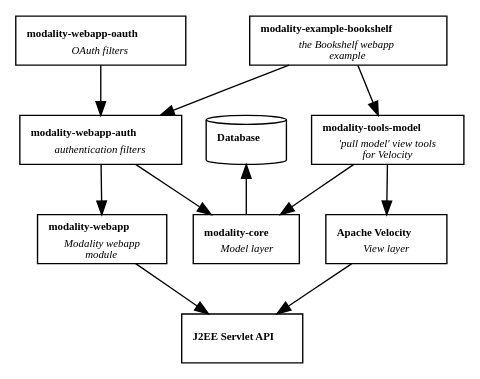
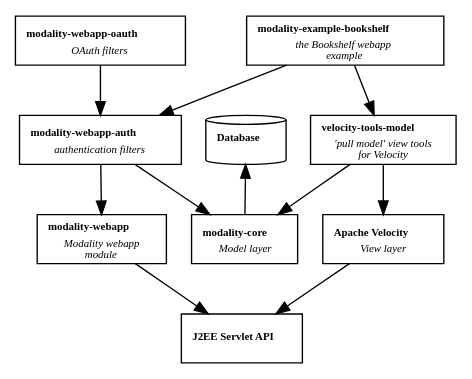
One commit to arkanovicz/modality changed the diagram in src/site/modality-modules.dot. Above: the diagram before and after it, drawn with Graphviz. The commit also changed 9 other files, not shown here.

```diff
--- a/src/site/modality-modules.dot
+++ b/src/site/modality-modules.dot
@@ -1,45 +1,45 @@
 /*
  * Licensed to the Apache Software Foundation (ASF) under one
  * or more contributor license agreements.  See the NOTICE file
  * distributed with this work for additional information
  * regarding copyright ownership.  The ASF licenses this file
  * to you under the Apache License, Version 2.0 (the
  * "License"); you may not use this file except in compliance
  * with the License.  You may obtain a copy of the License at
  *
  *   http://www.apache.org/licenses/LICENSE-2.0
  *
  * Unless required by applicable law or agreed to in writing,
  * software distributed under the License is distributed on an
  * "AS IS" BASIS, WITHOUT WARRANTIES OR CONDITIONS OF ANY
  * KIND, either express or implied.  See the License for the
  * specific language governing permissions and limitations
  * under the License.
  */
 
 digraph dependencies
 {
 node [fontname = "Bitstream Vera Sans", fontsize = 8, shape = "record"];
 edge [fontname = "Bitstream Vera Sans", fontsize = 8];
 
 Database [shape=cylinder, label=<<b>Database</b>>];
 Model [label=<<b>modality-core</b><br/><sub><i>Model layer</i></sub>>];
 Servlets [label=<<b>J2EE Servlet API</b>>];
 Webapp [label=<<b>modality-webapp</b><br/><sub><i>Modality webapp<br/>module</i></sub>>];
 Auth [label=<<b>modality-webapp-auth</b><br/><sub><i>authentication filters</i></sub>>];
 OAuth [label=<<b>modality-webapp-oauth</b><br/><sub><i>OAuth filters</i></sub>>];
-ModelTool [label=<<b>modality-tools-model</b><br/><sub><i>'pull model' view tools<br/>for Velocity</i></sub>>];
+ModelTool [label=<<b>velocity-tools-model</b><br/><sub><i>'pull model' view tools<br/>for Velocity</i></sub>>];
 Velocity [label=<<b>Apache Velocity</b><br/><sub><i>View layer</i></sub>>];
 Bookshelf [label=<<b>modality-example-bookshelf</b><br/><sub><i>the Bookshelf webapp<br/>example</i></sub>>];
 
 Velocity -> Servlets;
 Webapp -> Servlets;
 Database -> Model [dir=back];
 Auth -> Model
 Auth -> Webapp;
 OAuth -> Auth;
 ModelTool -> Model;
 ModelTool -> Velocity;
 Bookshelf -> ModelTool;
 Bookshelf -> Auth;
 }
```
